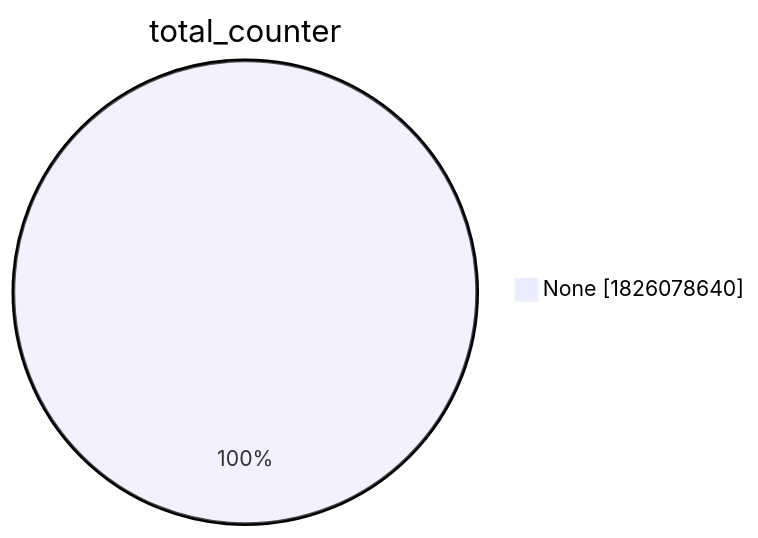
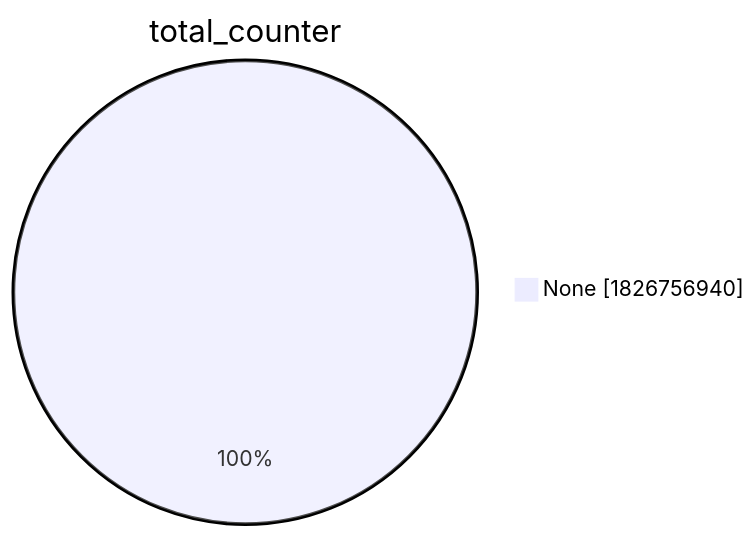
Before and after one commit to christiankrug/ctmonitor_visualization: the second of 15 diagrams in xenon2022/README.md, drawn with Mermaid. The commit also changed other lines of this file, not shown here.

````diff
--- a/xenon2022/README.md
+++ b/xenon2022/README.md
@@ -9,5 +9,5 @@
 ```mermaid
 pie showData
 title total_counter
-"None" :1826078640
+"None" :1826756940
 ```
````
